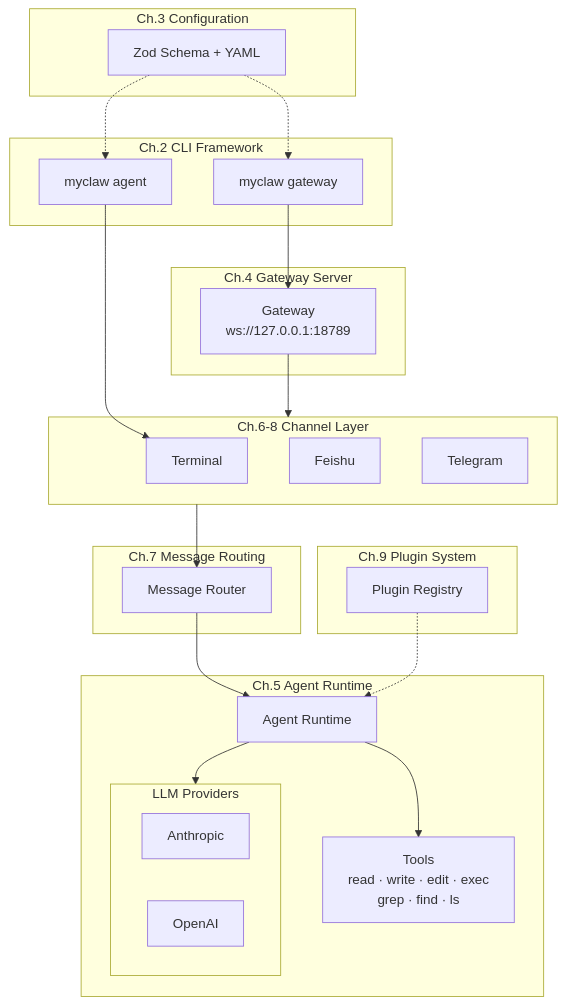
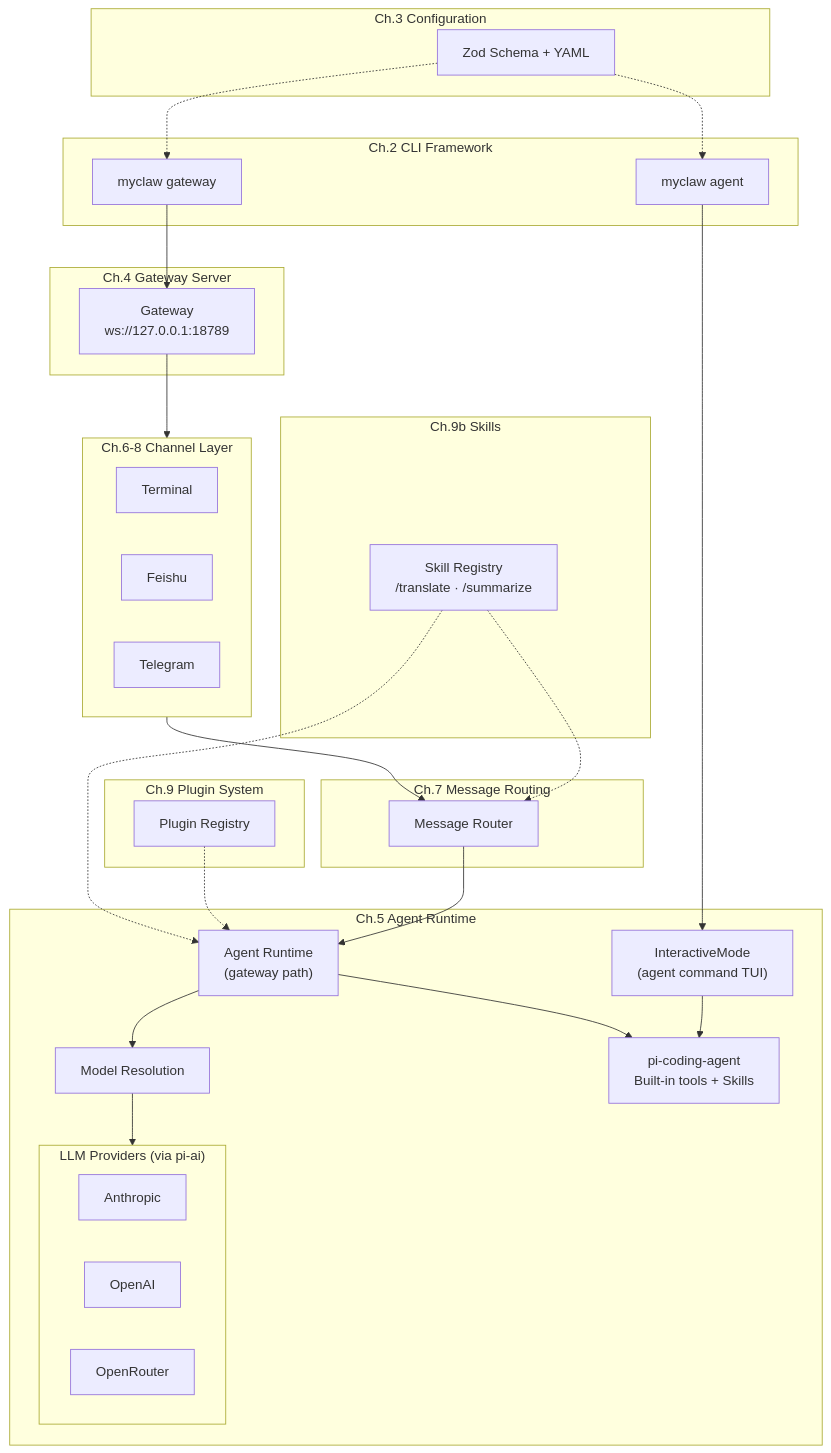
The first of 2 diagrams in README.en.md (oujingzhou/build-your-own-openclaw), drawn with Mermaid before and after one commit. The commit also changed other lines of this file and 32 other files, not shown here.

````diff
--- a/README.en.md
+++ b/README.en.md
@@ -58,46 +61,56 @@
 ```mermaid
 graph TB
     subgraph Ch02["Ch.2 CLI Framework"]
         CMD_AGENT["myclaw agent"]
         CMD_GW["myclaw gateway"]
     end
 
     subgraph Ch03["Ch.3 Configuration"]
         CONFIG["Zod Schema + YAML"]
     end
 
     subgraph Ch04["Ch.4 Gateway Server"]
         GW["Gateway<br/>ws://127.0.0.1:18789"]
     end
 
     subgraph Ch06["Ch.6-8 Channel Layer"]
         TERM["Terminal"]
         FEISHU["Feishu"]
         TELEGRAM["Telegram"]
     end
 
     subgraph Ch07["Ch.7 Message Routing"]
         ROUTER["Message Router"]
     end
 
     subgraph Ch05["Ch.5 Agent Runtime"]
-        AGENT["Agent Runtime"]
-        TOOLS["Tools<br/>read · write · edit · exec<br/>grep · find · ls"]
-        subgraph LLM["LLM Providers"]
+        AGENT["Agent Runtime<br/>(gateway path)"]
+        AGENT_CMD["InteractiveMode<br/>(agent command TUI)"]
+        MODEL["Model Resolution"]
+        PI_MONO["pi-coding-agent<br/>Built-in tools + Skills"]
+        subgraph LLM["LLM Providers (via pi-ai)"]
             ANTHROPIC["Anthropic"]
             OPENAI["OpenAI"]
+            OPENROUTER["OpenRouter"]
         end
     end
 
     subgraph Ch09["Ch.9 Plugin System"]
         PLUGINS["Plugin Registry"]
     end
 
+    subgraph Ch09b["Ch.9b Skills"]
+        SKILLS["Skill Registry<br/>/translate · /summarize"]
+    end
+
     CONFIG -.-> CMD_AGENT & CMD_GW
-    CMD_AGENT --> TERM
+    CMD_AGENT --> AGENT_CMD
+    AGENT_CMD --> PI_MONO
     CMD_GW --> GW --> Ch06
     Ch06 --> ROUTER --> AGENT
-    AGENT --> LLM
-    AGENT --> TOOLS
+    AGENT --> MODEL --> LLM
+    AGENT --> PI_MONO
     PLUGINS -.-> AGENT
+    SKILLS -.-> ROUTER
+    SKILLS -.-> AGENT
 ```
````
